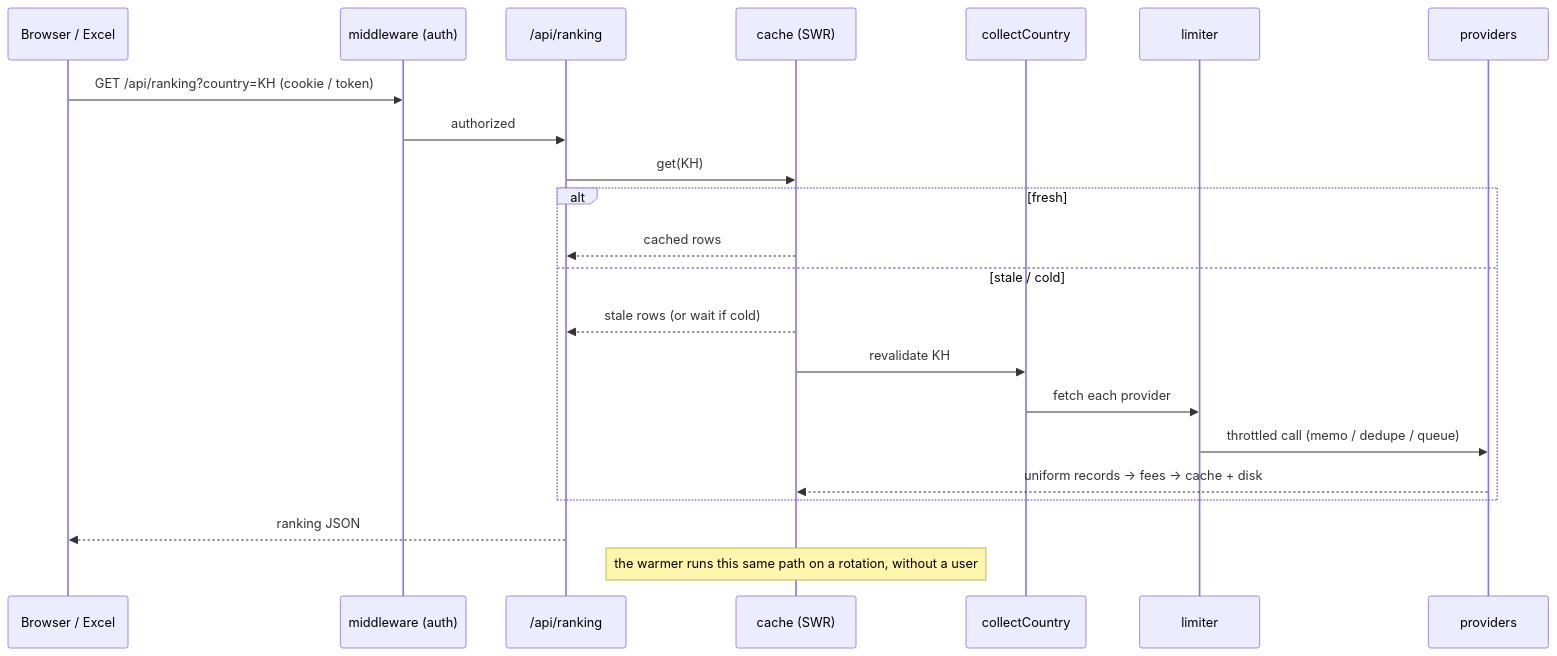
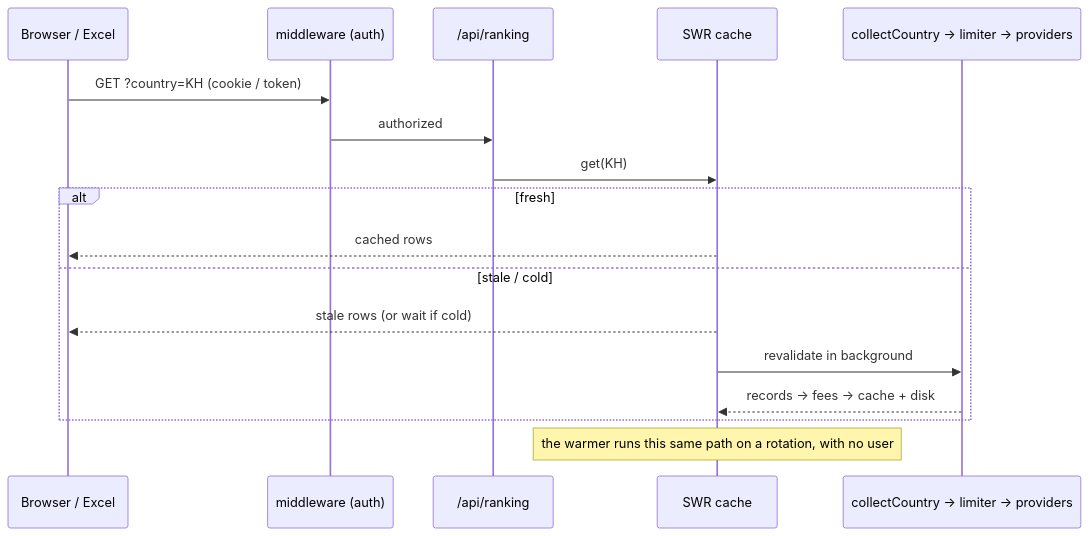
One commit to Navong/rates-scrapper changed the fifth of 5 diagrams in README.md. Above: the diagram before and after it, drawn with Mermaid. The commit also changed other lines of this file, not shown here.

First line of the commit message:
docs: streamline README — diagram-forward (5 mermaid graphs)

````diff
--- a/README.md
+++ b/README.md
@@ -162,25 +141,20 @@
 ```mermaid
 sequenceDiagram
     participant U as Browser / Excel
     participant MW as middleware (auth)
     participant API as /api/ranking
-    participant $ as cache (SWR)
-    participant O as collectCountry
-    participant L as limiter
-    participant P as providers
+    participant $ as SWR cache
+    participant O as collectCountry → limiter → providers
 
-    U->>MW: GET /api/ranking?country=KH  (cookie / token)
+    U->>MW: GET ?country=KH (cookie / token)
     MW->>API: authorized
     API->>$: get(KH)
     alt fresh
-        $-->>API: cached rows
+        $-->>U: cached rows
     else stale / cold
-        $-->>API: stale rows (or wait if cold)
-        $->>O: revalidate KH
-        O->>L: fetch each provider
-        L->>P: throttled call (memo / dedupe / queue)
-        P-->>$: uniform records → fees → cache + disk
+        $-->>U: stale rows (or wait if cold)
+        $->>O: revalidate in background
+        O-->>$: records → fees → cache + disk
     end
-    API-->>U: ranking JSON
-    Note over $: the warmer runs this same path on a rotation, without a user
+    Note over $: the warmer runs this same path on a rotation, with no user
 ```
````
